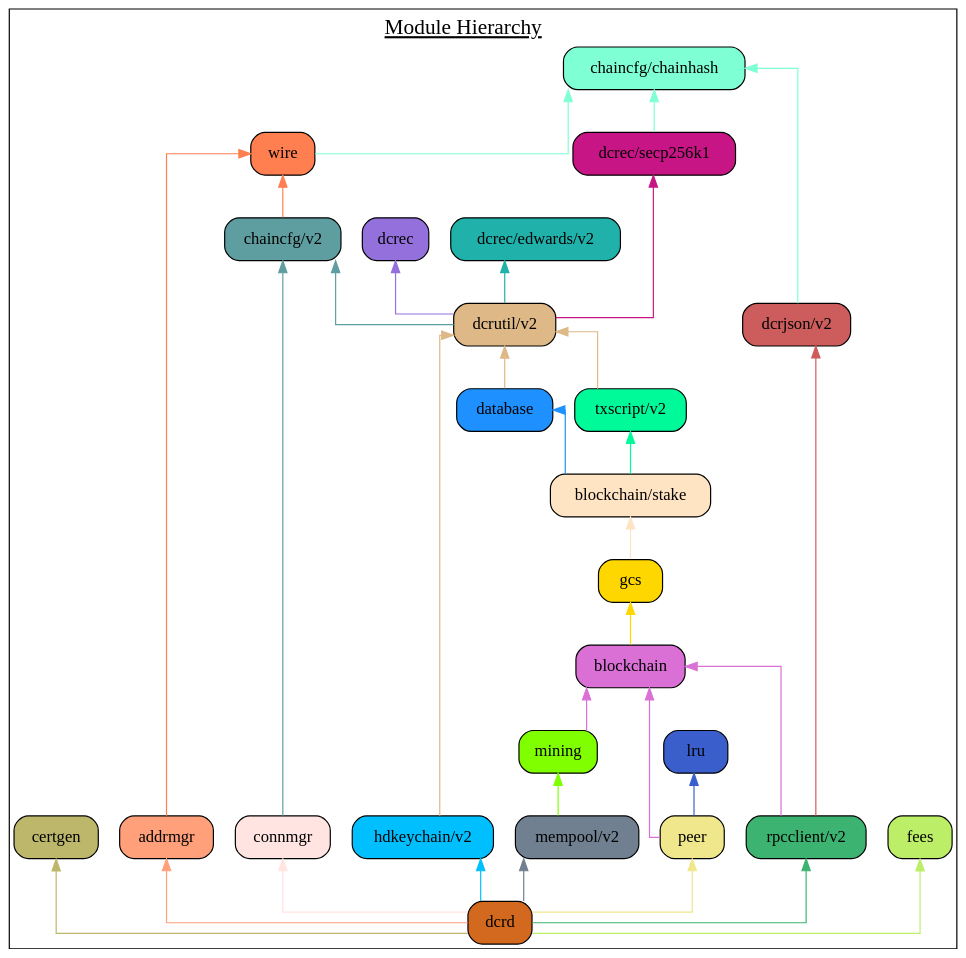
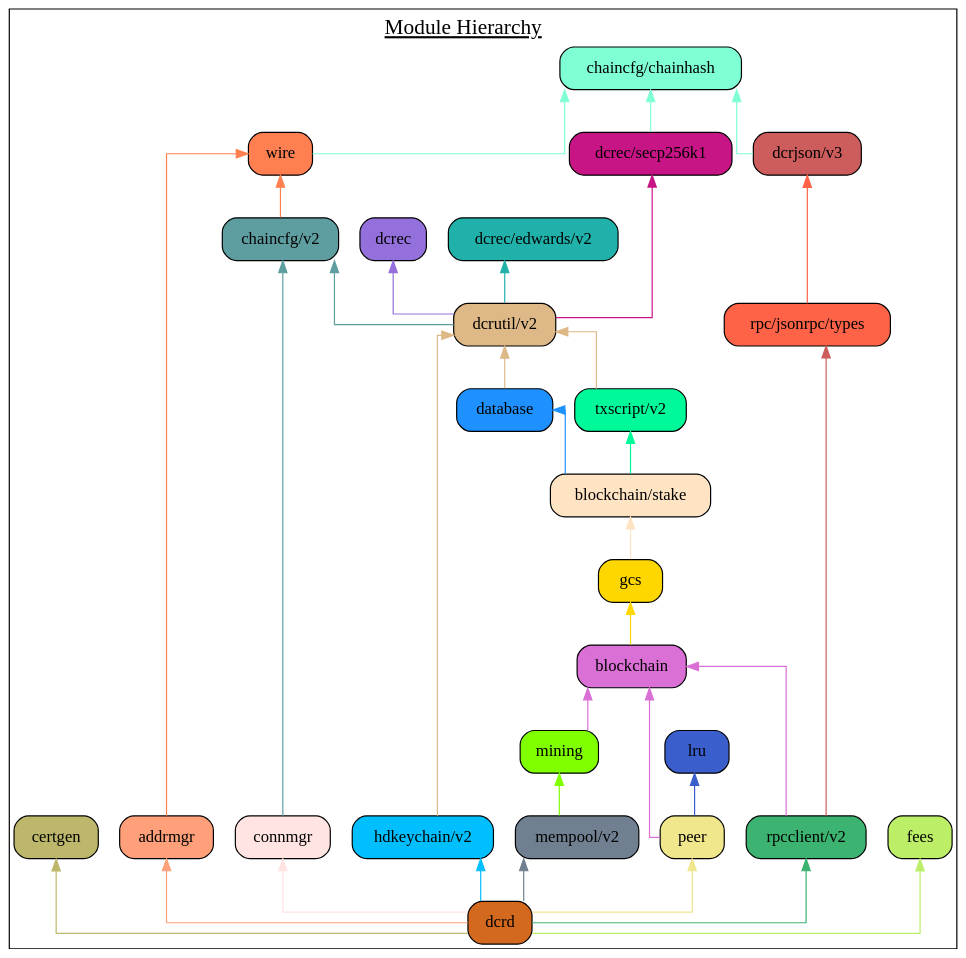
The diagram in docs/assets/module_hierarchy.gv (decred/dcrd), drawn with Graphviz before and after one commit. The commit also changed 4 other files, not shown here.

```diff
--- a/docs/assets/module_hierarchy.gv
+++ b/docs/assets/module_hierarchy.gv
@@ -1,65 +1,67 @@
 digraph {
 	graph [splines=ortho colorscheme=svg label=<<u>Module Hierarchy</u>> labelloc=t fontsize=18.0]
 	node [shape=box style="filled, rounded"]
 
 	certgen [label="certgen" fillcolor=darkkhaki]
 	chainhash [label="chaincfg/chainhash" fillcolor=aquamarine]
-	dcrjson [label="dcrjson/v2" fillcolor=indianred]
+	dcrjson [label="dcrjson/v3" fillcolor=indianred]
+	types [label="rpc/jsonrpc/types" fillcolor=tomato]
 	wire [label="wire" fillcolor=coral]
 	addrmgr [label="addrmgr" fillcolor=lightsalmon]
 	chaincfg [label="chaincfg/v2" fillcolor=cadetblue]
 	connmgr [label="connmgr" fillcolor=mistyrose]
 	dcrec [label="dcrec" fillcolor=mediumpurple]
 	edwards [label="dcrec/edwards/v2" fillcolor=lightseagreen]
 	secp256k1 [label="dcrec/secp256k1" fillcolor=mediumvioletred]
 	dcrutil [label="dcrutil/v2" fillcolor=burlywood]
 	database [label="database" fillcolor=dodgerblue]
 	hdkeychain [label="hdkeychain/v2" fillcolor=deepskyblue]
 	txscript [label="txscript/v2" fillcolor=mediumspringgreen]
 	stake [label="blockchain/stake" fillcolor=bisque]
 	gcs [label="gcs" fillcolor=gold]
 	blockchain [label="blockchain" fillcolor=orchid]
 	mempool [label="mempool/v2" fillcolor=slategray]
 	mining [label="mining" fillcolor=chartreuse]
 	lru  [label="lru" fillcolor=royalblue3]
 	peer [label="peer" fillcolor=khaki]
 	rpcclient [label="rpcclient/v2" fillcolor=mediumseagreen]
 	fees [label="fees" fillcolor=darkolivegreen2]
 	dcrd [label="dcrd" fillcolor=chocolate]
 
 	{rank=same connmgr addrmgr hdkeychain peer rpcclient mempool}
 
 	certgen
 	chainhash -> dcrjson [dir=back color=aquamarine]
 	chainhash -> wire [dir=back color=aquamarine]
 	wire -> addrmgr [dir=back color=coral]
 	wire -> chaincfg [dir=back color=coral]
 	chaincfg -> connmgr [dir=back color=cadetblue]
 	chainhash -> secp256k1 [dir=back color=aquamarine]
 	chaincfg -> dcrutil [dir=back color=cadetblue]
 	dcrec -> dcrutil [dir=back color=mediumpurple]
 	edwards ->  dcrutil [dir=back color=lightseagreen]
 	secp256k1 ->  dcrutil [dir=back color=mediumvioletred]
 	dcrutil -> database [dir=back color=burlywood]
 	dcrutil -> hdkeychain [dir=back color=burlywood]
 	dcrutil -> txscript [dir=back color=burlywood]
 	database ->  stake [dir=back color=dodgerblue]
 	txscript -> stake [dir=back color=mediumspringgreen]
 	stake -> gcs [dir=back color=bisque]
 	gcs -> blockchain [dir=back color=gold]
 	blockchain -> mining [dir=back color=orchid]
 	mining -> mempool [dir=back color=chartreuse]
 	lru -> peer [dir=back color=royalblue3]
 	blockchain -> peer [dir=back color=orchid]
 	blockchain -> rpcclient [dir=back color=orchid]
-	dcrjson -> rpcclient [dir=back color=indianred]
+	dcrjson -> types [dir=back color=tomato]
+	types -> rpcclient [dir=back color=indianred]
 
 	fees -> dcrd [dir=back color=darkolivegreen2]
 	mempool -> dcrd [dir=back color=slategray]
 	certgen -> dcrd [dir=back color=darkkhaki]
 	addrmgr -> dcrd [dir=back color=lightsalmon]
 	hdkeychain -> dcrd [dir=back color=deepskyblue]
 	connmgr -> dcrd [dir=back color=mistyrose]
 	rpcclient -> dcrd [dir=back color=mediumseagreen]
 	peer -> dcrd [dir=back color=khaki]
 }
```
